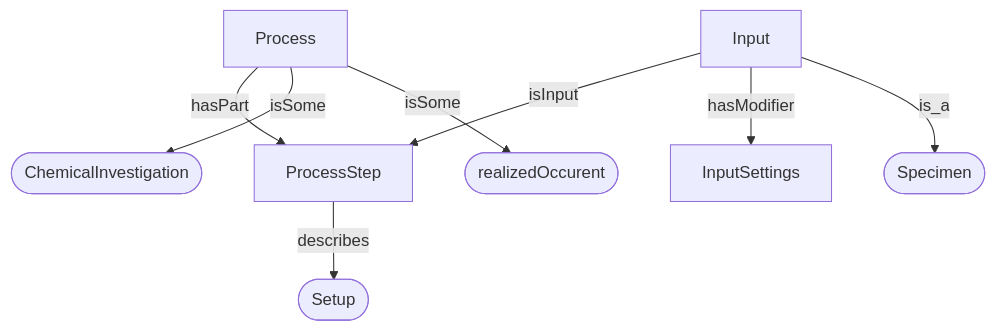
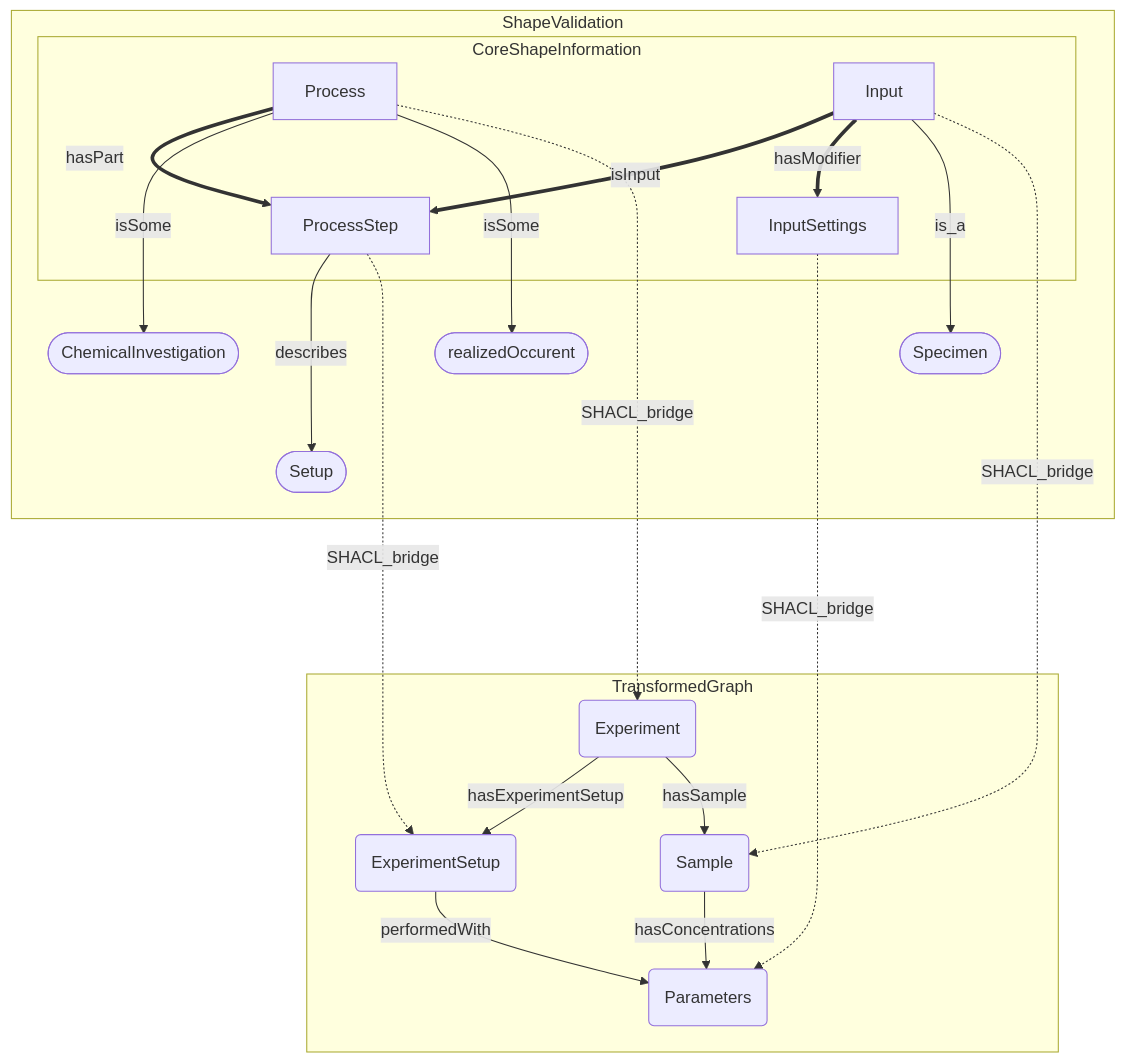
Before and after one commit to HendrikBorgelt/test_for_shacl_shape_bridges: the diagram in docs/examples/process_experiment.md, drawn with Mermaid. The commit also changed other lines of this file and 21 other files, not shown here.

````diff
--- a/docs/examples/process_experiment.md
+++ b/docs/examples/process_experiment.md
@@ -7,10 +9,40 @@
 ```mermaid
 flowchart TD
-    A[Process] -->|hasPart| B[ProcessStep]
-    C[Input] -->|isInput| B
-    C -->|hasModifier| D[InputSettings]
-    A -->|isSome| E([ChemicalInvestigation])
-    A -->|isSome| F([realizedOccurent])
-    B -->|describes| G([Setup])
-    C -->|is_a| H([Specimen])
+    ex:Process[Process]
+    ex:ProcessStep[ProcessStep]
+    ex:Input[Input]
+    ex:InputSettings[InputSettings]
+    ex:ChemicalInvestigation([ChemicalInvestigation])
+    ex:Setup([Setup])
+    ex:realizedOccurent([realizedOccurent])
+    ex:Specimen([Specimen])
+    ex:Experiment(Experiment)
+    ex:ExperimentSetup(ExperimentSetup)
+    ex:Sample(Sample)
+    ex:Parameters(Parameters)
+
+    subgraph ShapeValidation
+        subgraph CoreShapeInformation
+        ex:Process ==>|hasPart| ex:ProcessStep
+        ex:Input ==>|isInput| ex:ProcessStep
+        ex:Input ==>|hasModifier| ex:InputSettings
+        end
+
+    ex:Process --->|isSome| ex:ChemicalInvestigation
+    ex:Process --->|isSome| ex:realizedOccurent
+    ex:ProcessStep --->|describes| ex:Setup
+    ex:Input --->|is_a| ex:Specimen
+    end
+
+    subgraph TransformedGraph
+    ex:Experiment -->|hasExperimentSetup| ex:ExperimentSetup
+    ex:Experiment -->|hasSample| ex:Sample
+    ex:ExperimentSetup -->|performedWith| ex:Parameters
+    ex:Sample -->|hasConcentrations| ex:Parameters
+    end
+
+    ex:Process -.....->|SHACL_bridge| ex:Experiment
+    ex:ProcessStep -.....->|SHACL_bridge| ex:ExperimentSetup
+    ex:Input -.....->|SHACL_bridge| ex:Sample
+    ex:InputSettings -.....->|SHACL_bridge| ex:Parameters
 ```
````
